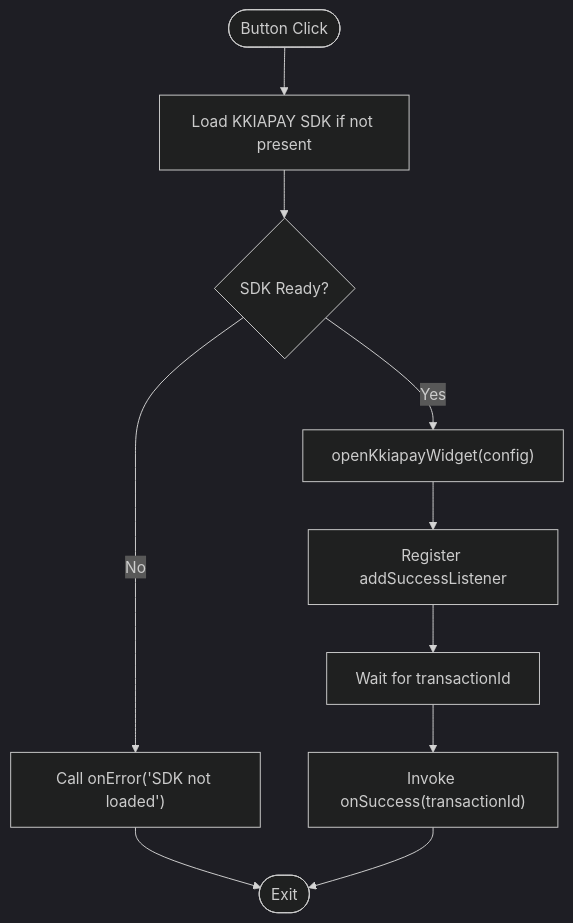
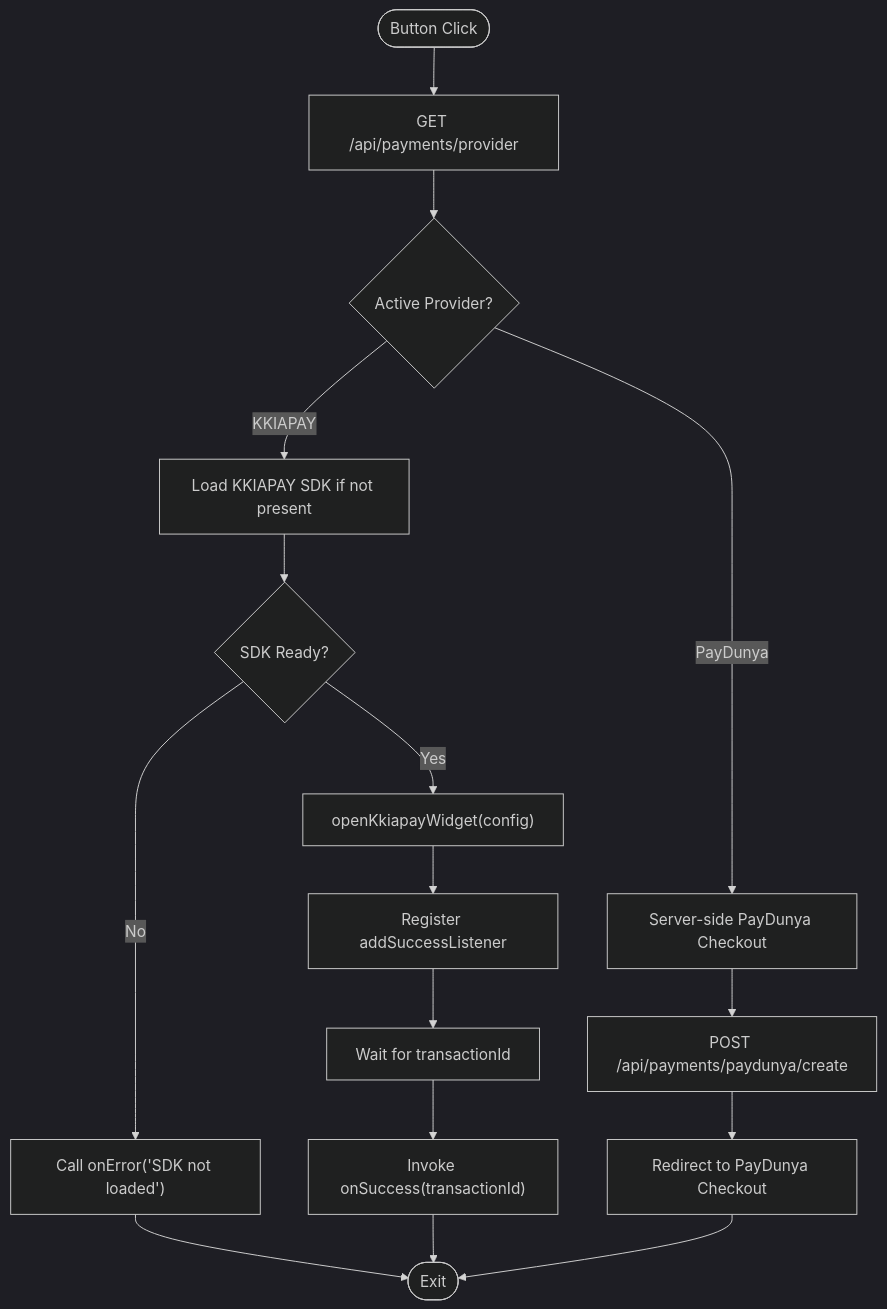
One commit to alikizang/datafrica changed the third of 7 diagrams in .qoder/repowiki/en/content/Payment System/Payment System.md. Above: the diagram before and after it, drawn with Mermaid (dark theme). The commit also changed other lines of this file and 21 other files, not shown here.

````diff
--- a/.qoder/repowiki/en/content/Payment System/Payment System.md
+++ b/.qoder/repowiki/en/content/Payment System/Payment System.md
@@ -165,12 +233,18 @@
 ```mermaid
 flowchart TD
-Start(["Button Click"]) --> LoadSDK["Load KKIAPAY SDK if not present"]
+Start(["Button Click"]) --> FetchProvider["GET /api/payments/provider"]
+FetchProvider --> CheckProvider{"Active Provider?"}
+CheckProvider --> |PayDunya| LoadPayDunya["Server-side PayDunya Checkout"]
+CheckProvider --> |KKIAPAY| LoadSDK["Load KKIAPAY SDK if not present"]
+LoadPayDunya --> CreateInvoice["POST /api/payments/paydunya/create"]
+CreateInvoice --> Redirect["Redirect to PayDunya Checkout"]
 LoadSDK --> Ready{"SDK Ready?"}
 Ready --> |No| Error["Call onError('SDK not loaded')"]
 Ready --> |Yes| OpenWidget["openKkiapayWidget(config)"]
 OpenWidget --> Listen["Register addSuccessListener"]
 Listen --> Wait["Wait for transactionId"]
 Wait --> Success["Invoke onSuccess(transactionId)"]
 Error --> End(["Exit"])
 Success --> End
+Redirect --> End
 ```
````
